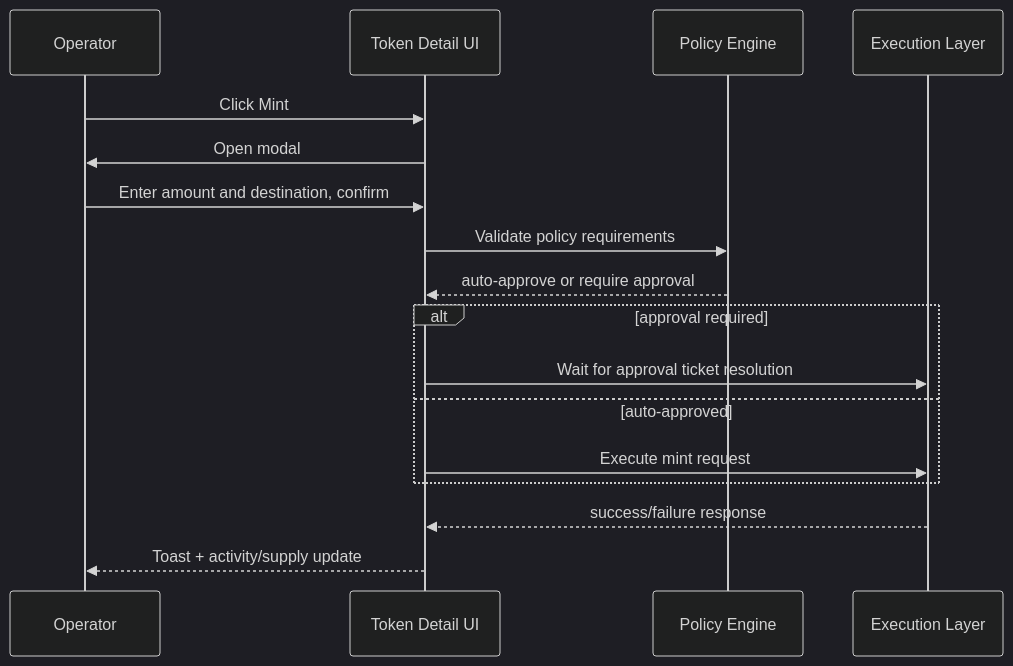
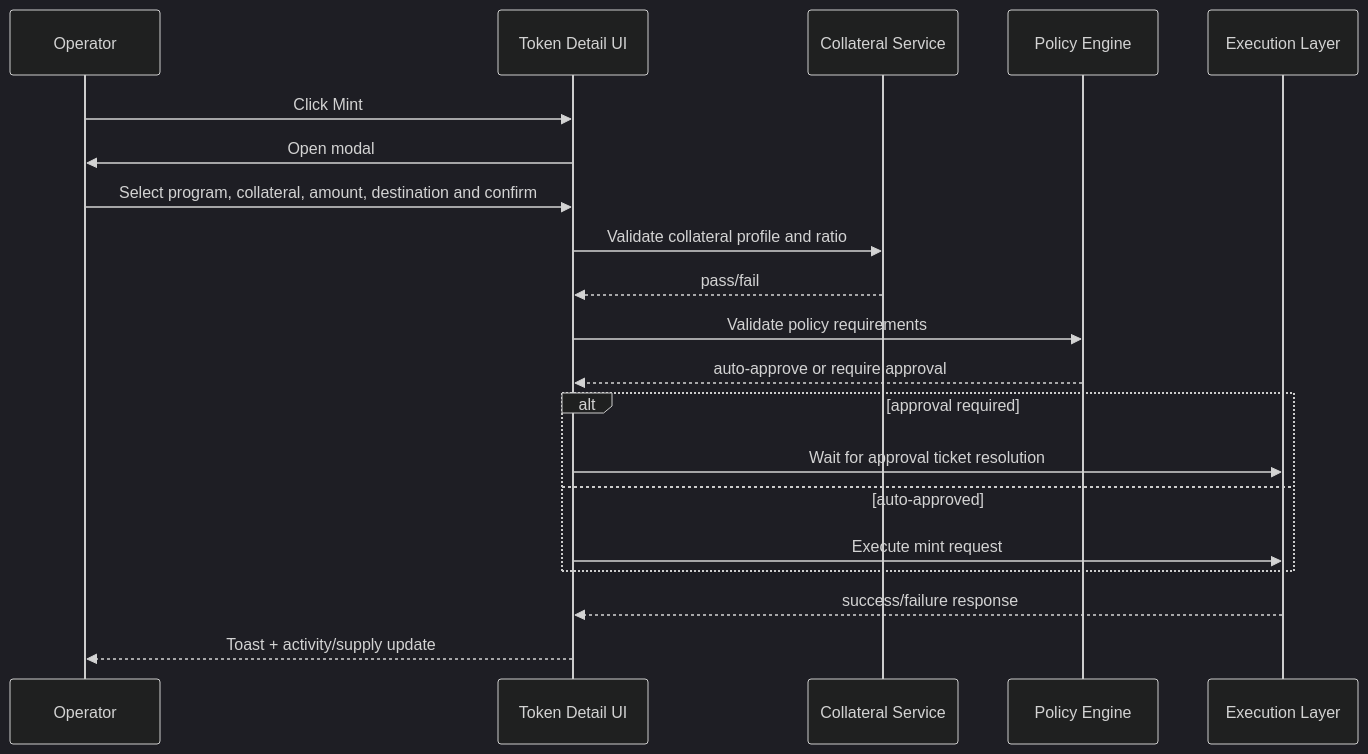
One commit to jaerius/tokenization_demo changed the third of 9 diagrams in docs/UserFlow.md. Above: the diagram before and after it, drawn with Mermaid (dark theme). The commit also changed other lines of this file and 13 other files, not shown here.

````diff
--- a/docs/UserFlow.md
+++ b/docs/UserFlow.md
@@ -114,19 +114,22 @@
 ```mermaid
 sequenceDiagram
     participant U as Operator
     participant UI as Token Detail UI
+    participant C as Collateral Service
     participant P as Policy Engine
     participant X as Execution Layer
     U->>UI: Click Mint
     UI->>U: Open modal
-    U->>UI: Enter amount and destination, confirm
+    U->>UI: Select program, collateral, amount, destination and confirm
+    UI->>C: Validate collateral profile and ratio
+    C-->>UI: pass/fail
     UI->>P: Validate policy requirements
     P-->>UI: auto-approve or require approval
     alt approval required
         UI->>X: Wait for approval ticket resolution
     else auto-approved
         UI->>X: Execute mint request
     end
     X-->>UI: success/failure response
     UI-->>U: Toast + activity/supply update
 ```
````
